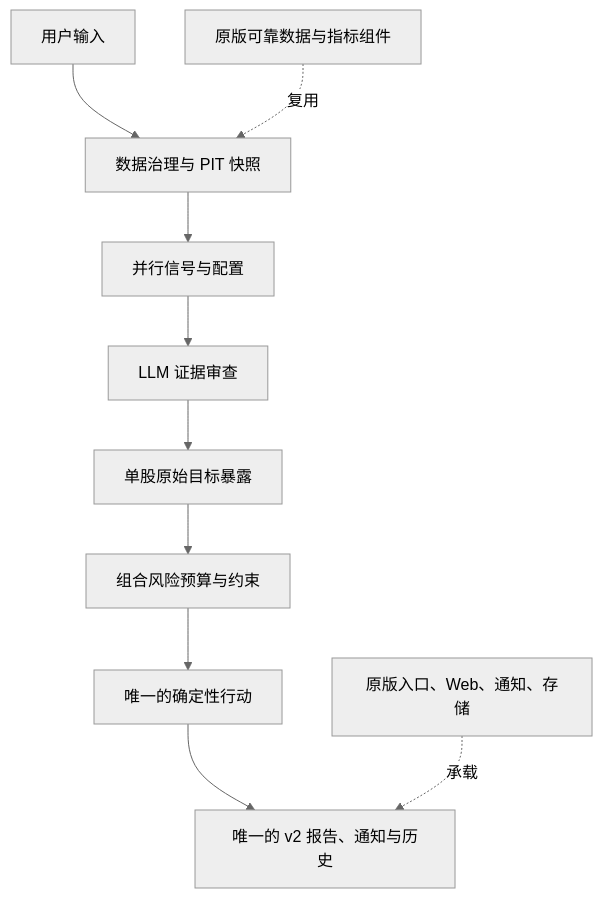
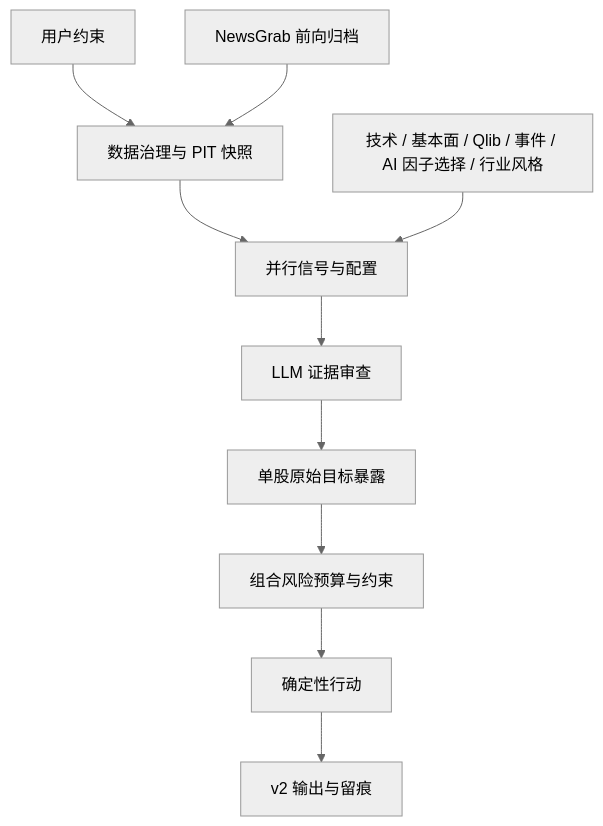
One commit to cloud2ai/daily_stock_analysis changed the second of 4 diagrams in research/mainline/DSA_v2目标架构与递进验证路线.md. Above: the diagram before and after it, drawn with Mermaid (neutral theme). The commit also changed other lines of this file, not shown here.

Commit message:
docs: expand v2 architecture diagrams

````diff
--- a/research/mainline/DSA_v2目标架构与递进验证路线.md
+++ b/research/mainline/DSA_v2目标架构与递进验证路线.md
@@ -50,13 +253,13 @@
 ```mermaid
 flowchart TB
-    userInput["用户输入"] --> dataGate["数据治理与 PIT 快照"]
-    dataGate --> signals["并行信号与配置"]
-    signals --> evidence["LLM 证据审查"]
-    evidence --> exposure["单股原始目标暴露"]
+    input["用户约束"] --> data["数据治理与 PIT 快照"]
+    data --> signals["并行信号与配置"]
+    signals --> review["LLM 证据审查"]
+    review --> exposure["单股原始目标暴露"]
     exposure --> risk["组合风险预算与约束"]
-    risk --> action["唯一的确定性行动"]
-    action --> output["唯一的 v2 报告、通知与历史"]
+    risk --> action["确定性行动"]
+    action --> output["v2 输出与留痕"]
 
-    legacyData["原版可靠数据与指标组件"] -. "复用" .-> dataGate
-    legacyInfra["原版入口、Web、通知、存储"] -. "承载" .-> output
+    archive["NewsGrab 前向归档"] --> data
+    factors["技术 / 基本面 / Qlib / 事件 / AI 因子选择 / 行业风格"] --> signals
 ```
````
